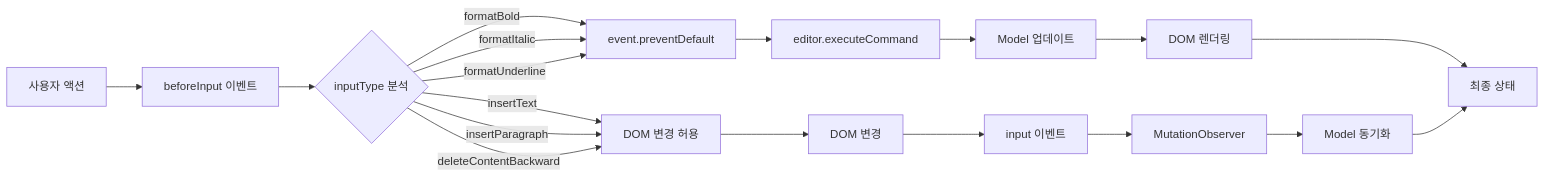
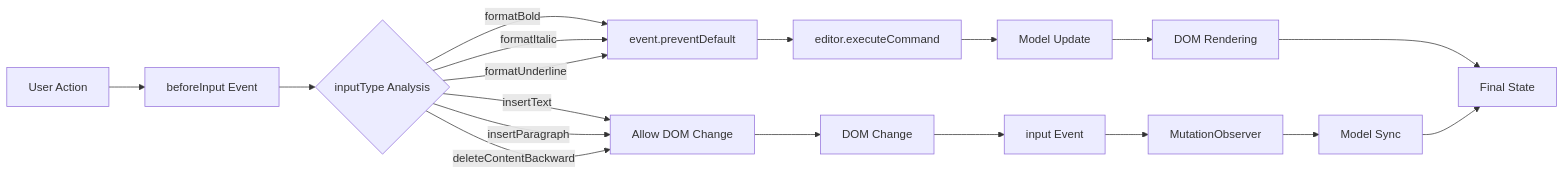
One commit to barocss/barocss-editor changed the second of 3 diagrams in paper/plan/editor-view-dom-spec.md. Above: the diagram before and after it, drawn with Mermaid. The commit also changed other lines of this file and 106 other files, not shown here.

````diff
--- a/paper/plan/editor-view-dom-spec.md
+++ b/paper/plan/editor-view-dom-spec.md
@@ -1247,25 +1246,25 @@
 ```mermaid
 graph LR
-    A[사용자 액션] --> B[beforeInput 이벤트]
-    B --> C{inputType 분석}
+    A[User Action] --> B[beforeInput Event]
+    B --> C{inputType Analysis}
     
     C -->|formatBold| D[event.preventDefault]
     C -->|formatItalic| D
     C -->|formatUnderline| D
-    C -->|insertText| E[DOM 변경 허용]
+    C -->|insertText| E[Allow DOM Change]
     C -->|insertParagraph| E
     C -->|deleteContentBackward| E
     
     D --> F[editor.executeCommand]
-    E --> G[DOM 변경]
+    E --> G[DOM Change]
     
-    F --> H[Model 업데이트]
-    G --> I[input 이벤트]
+    F --> H[Model Update]
+    G --> I[input Event]
     
-    H --> J[DOM 렌더링]
+    H --> J[DOM Rendering]
     I --> K[MutationObserver]
     
-    J --> L[최종 상태]
-    K --> M[Model 동기화]
+    J --> L[Final State]
+    K --> M[Model Sync]
     M --> L
 ```
````
